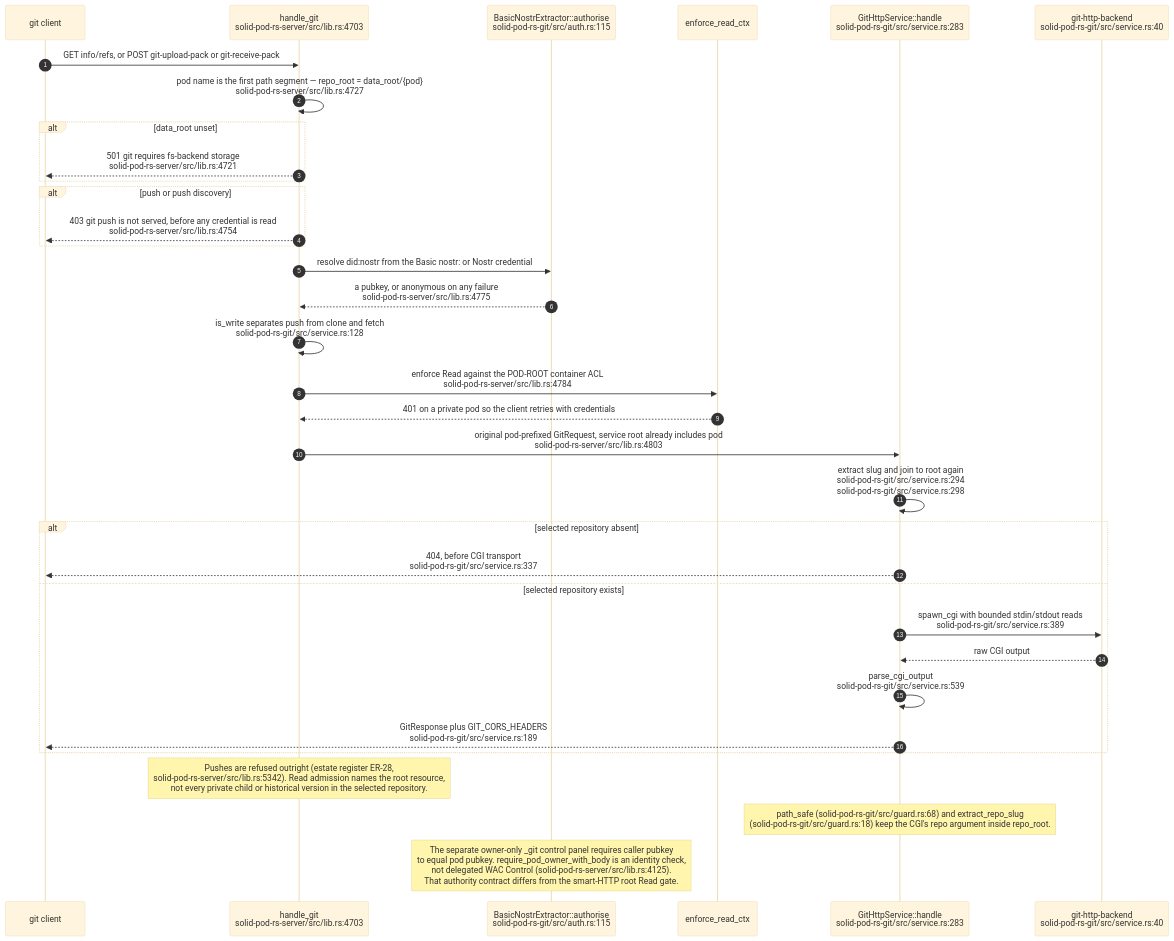
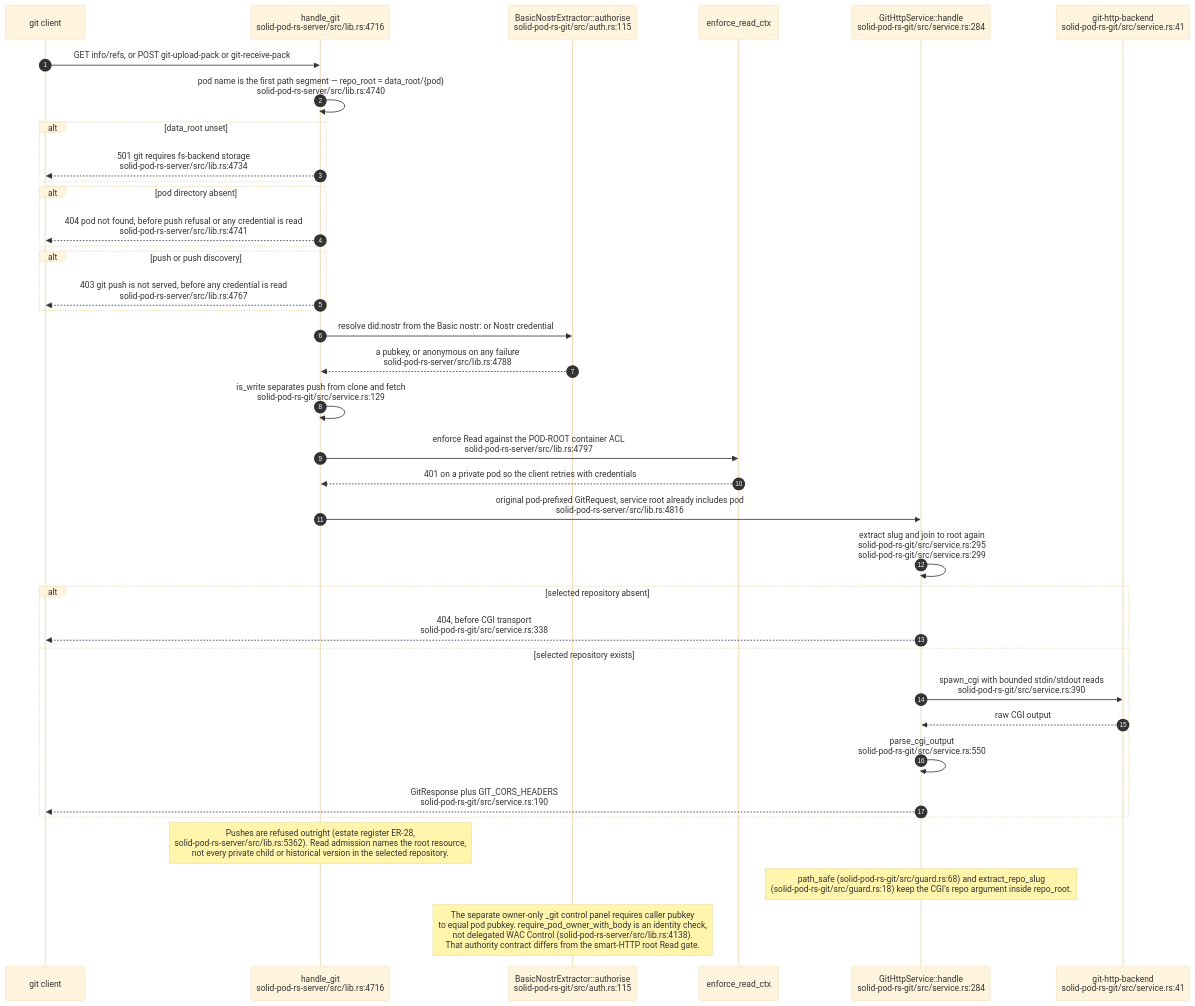
Diagram 11 of 11 in docs/diagrams/solid-pod-rs/06-storage-quota-and-git-pods.md (DreamLab-AI/VisionFlow), drawn with Mermaid (base theme) before and after one commit. The commit also changed other lines of this file and 47 other files, not shown here.

````diff
--- a/docs/diagrams/solid-pod-rs/06-storage-quota-and-git-pods.md
+++ b/docs/diagrams/solid-pod-rs/06-storage-quota-and-git-pods.md
@@ -321,38 +354,41 @@
 ```mermaid
 sequenceDiagram
     autonumber
     participant C as git client
-    participant H as handle_git<br/>solid-pod-rs-server/src/lib.rs:4703
+    participant H as handle_git<br/>solid-pod-rs-server/src/lib.rs:4716
     participant A as BasicNostrExtractor::authorise<br/>solid-pod-rs-git/src/auth.rs:115
     participant W as enforce_read_ctx
-    participant S as GitHttpService::handle<br/>solid-pod-rs-git/src/service.rs:283
-    participant CGI as git-http-backend<br/>solid-pod-rs-git/src/service.rs:40
+    participant S as GitHttpService::handle<br/>solid-pod-rs-git/src/service.rs:284
+    participant CGI as git-http-backend<br/>solid-pod-rs-git/src/service.rs:41
 
     C->>H: GET info/refs, or POST git-upload-pack or git-receive-pack
-    H->>H: pod name is the first path segment — repo_root = data_root/{pod}<br/>solid-pod-rs-server/src/lib.rs:4727
+    H->>H: pod name is the first path segment — repo_root = data_root/{pod}<br/>solid-pod-rs-server/src/lib.rs:4740
     alt data_root unset
-        H-->>C: 501 git requires fs-backend storage<br/>solid-pod-rs-server/src/lib.rs:4721
+        H-->>C: 501 git requires fs-backend storage<br/>solid-pod-rs-server/src/lib.rs:4734
+    end
+    alt pod directory absent
+        H-->>C: 404 pod not found, before push refusal or any credential is read<br/>solid-pod-rs-server/src/lib.rs:4741
     end
     alt push or push discovery
-        H-->>C: 403 git push is not served, before any credential is read<br/>solid-pod-rs-server/src/lib.rs:4754
+        H-->>C: 403 git push is not served, before any credential is read<br/>solid-pod-rs-server/src/lib.rs:4767
     end
     H->>A: resolve did:nostr from the Basic nostr: or Nostr credential
-    A-->>H: a pubkey, or anonymous on any failure<br/>solid-pod-rs-server/src/lib.rs:4775
-    H->>H: is_write separates push from clone and fetch<br/>solid-pod-rs-git/src/service.rs:128
-    H->>W: enforce Read against the POD-ROOT container ACL<br/>solid-pod-rs-server/src/lib.rs:4784
+    A-->>H: a pubkey, or anonymous on any failure<br/>solid-pod-rs-server/src/lib.rs:4788
+    H->>H: is_write separates push from clone and fetch<br/>solid-pod-rs-git/src/service.rs:129
+    H->>W: enforce Read against the POD-ROOT container ACL<br/>solid-pod-rs-server/src/lib.rs:4797
     W-->>H: 401 on a private pod so the client retries with credentials
-    H->>S: original pod-prefixed GitRequest, service root already includes pod<br/>solid-pod-rs-server/src/lib.rs:4803
-    S->>S: extract slug and join to root again<br/>solid-pod-rs-git/src/service.rs:294<br/>solid-pod-rs-git/src/service.rs:298
+    H->>S: original pod-prefixed GitRequest, service root already includes pod<br/>solid-pod-rs-server/src/lib.rs:4816
+    S->>S: extract slug and join to root again<br/>solid-pod-rs-git/src/service.rs:295<br/>solid-pod-rs-git/src/service.rs:299
     alt selected repository absent
-        S-->>C: 404, before CGI transport<br/>solid-pod-rs-git/src/service.rs:337
+        S-->>C: 404, before CGI transport<br/>solid-pod-rs-git/src/service.rs:338
     else selected repository exists
-        S->>CGI: spawn_cgi with bounded stdin/stdout reads<br/>solid-pod-rs-git/src/service.rs:389
+        S->>CGI: spawn_cgi with bounded stdin/stdout reads<br/>solid-pod-rs-git/src/service.rs:390
         CGI-->>S: raw CGI output
-        S->>S: parse_cgi_output<br/>solid-pod-rs-git/src/service.rs:539
-        S-->>C: GitResponse plus GIT_CORS_HEADERS<br/>solid-pod-rs-git/src/service.rs:189
+        S->>S: parse_cgi_output<br/>solid-pod-rs-git/src/service.rs:550
+        S-->>C: GitResponse plus GIT_CORS_HEADERS<br/>solid-pod-rs-git/src/service.rs:190
     end
 
-    Note over H: Pushes are refused outright (estate register ER-28,<br/>solid-pod-rs-server/src/lib.rs:5342). Read admission names the root resource,<br/>not every private child or historical version in the selected repository.
+    Note over H: Pushes are refused outright (estate register ER-28,<br/>solid-pod-rs-server/src/lib.rs:5362). Read admission names the root resource,<br/>not every private child or historical version in the selected repository.
     Note over S: path_safe (solid-pod-rs-git/src/guard.rs:68) and extract_repo_slug<br/>(solid-pod-rs-git/src/guard.rs:18) keep the CGI's repo argument inside repo_root.
-    Note over A: The separate owner-only _git control panel requires caller pubkey<br/>to equal pod pubkey. require_pod_owner_with_body is an identity check,<br/>not delegated WAC Control (solid-pod-rs-server/src/lib.rs:4125).<br/>That authority contract differs from the smart-HTTP root Read gate.
+    Note over A: The separate owner-only _git control panel requires caller pubkey<br/>to equal pod pubkey. require_pod_owner_with_body is an identity check,<br/>not delegated WAC Control (solid-pod-rs-server/src/lib.rs:4138).<br/>That authority contract differs from the smart-HTTP root Read gate.
 ```
````
